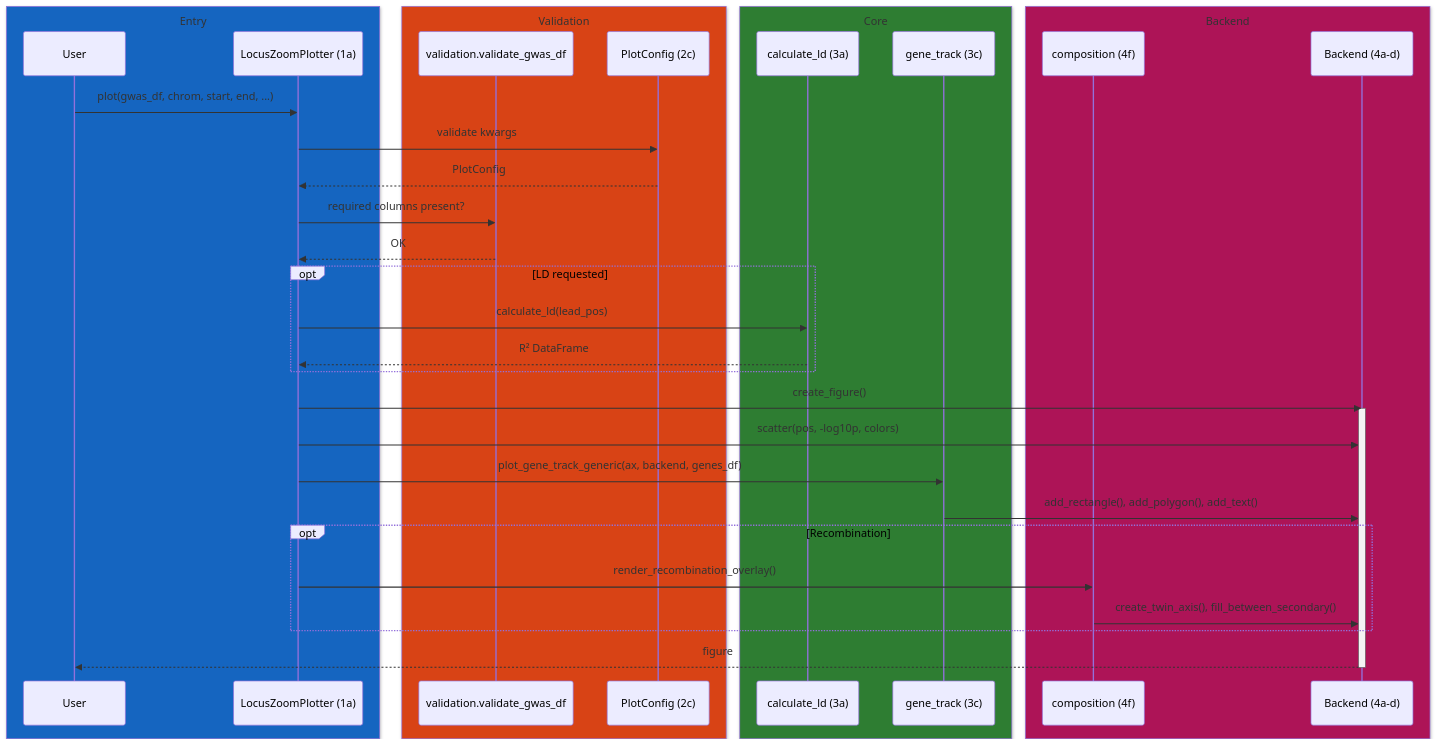
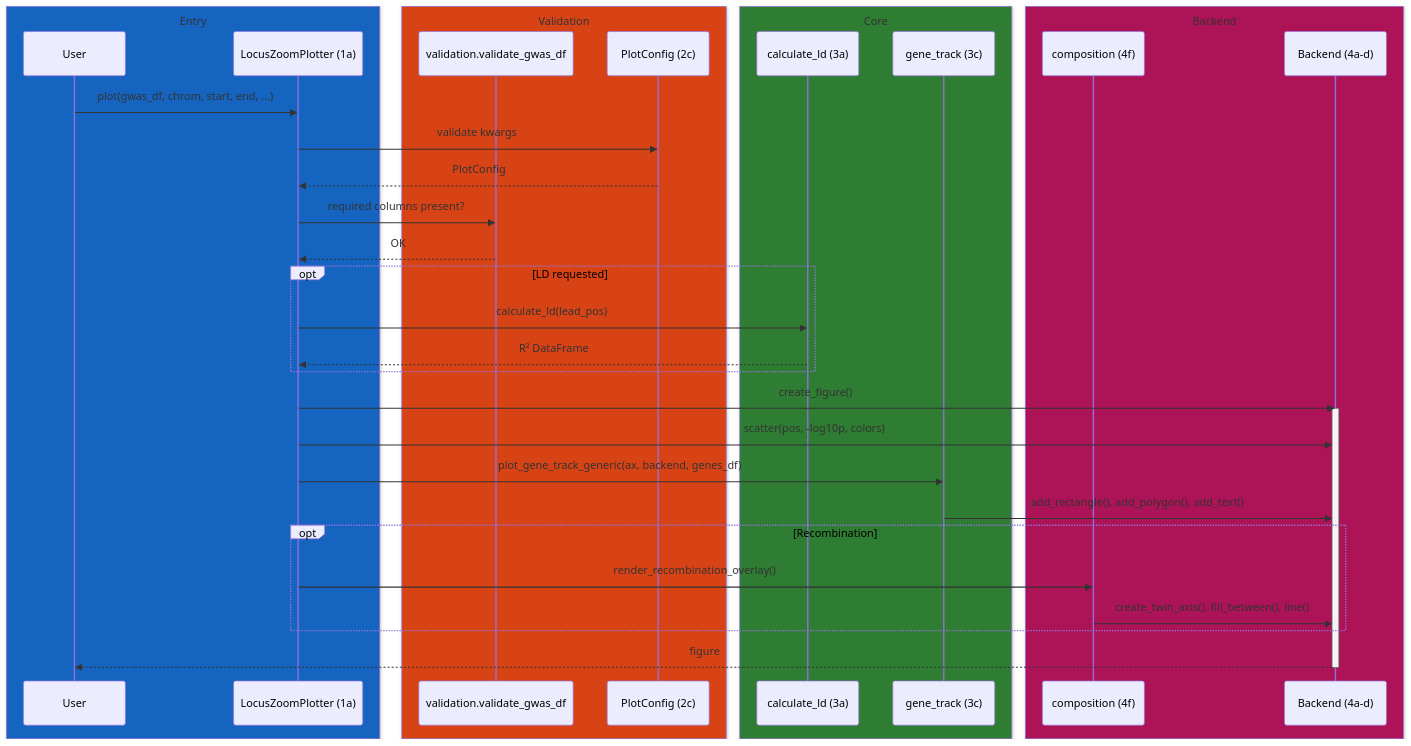
Before and after one commit to michael-denyer/pyLocusZoom: the second of 3 diagrams in docs/CODEMAP.md, drawn with Mermaid. The commit also changed other lines of this file and 35 other files, not shown here.

````diff
--- a/docs/CODEMAP.md
+++ b/docs/CODEMAP.md
@@ -305,42 +305,42 @@
 ```mermaid
 sequenceDiagram
     box rgb(21, 101, 192) Entry
         participant U as User
         participant P as LocusZoomPlotter (1a)
     end
     box rgb(216, 67, 21) Validation
         participant V as validation.validate_gwas_df
         participant C as PlotConfig (2c)
     end
     box rgb(46, 125, 50) Core
         participant L as calculate_ld (3a)
         participant G as gene_track (3c)
     end
     box rgb(173, 20, 87) Backend
         participant O as composition (4f)
         participant B as Backend (4a-d)
     end
 
     U->>P: plot(gwas_df, chrom, start, end, ...)
     P->>C: validate kwargs
     C-->>P: PlotConfig
     P->>V: required columns present?
     V-->>P: OK
 
     opt LD requested
         P->>L: calculate_ld(lead_pos)
         L-->>P: R² DataFrame
     end
 
     P->>B: create_figure()
     activate B
     P->>B: scatter(pos, -log10p, colors)
     P->>G: plot_gene_track_generic(ax, backend, genes_df)
     G->>B: add_rectangle(), add_polygon(), add_text()
     opt Recombination
         P->>O: render_recombination_overlay()
-        O->>B: create_twin_axis(), fill_between_secondary()
+        O->>B: create_twin_axis(), fill_between(), line()
     end
     B-->>U: figure
     deactivate B
 ```
````
